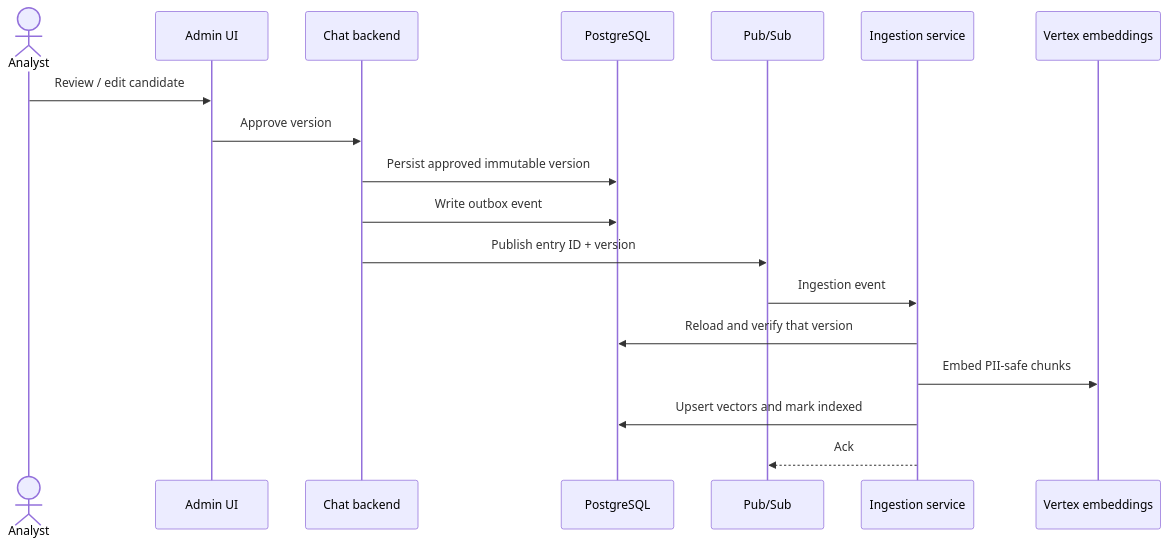
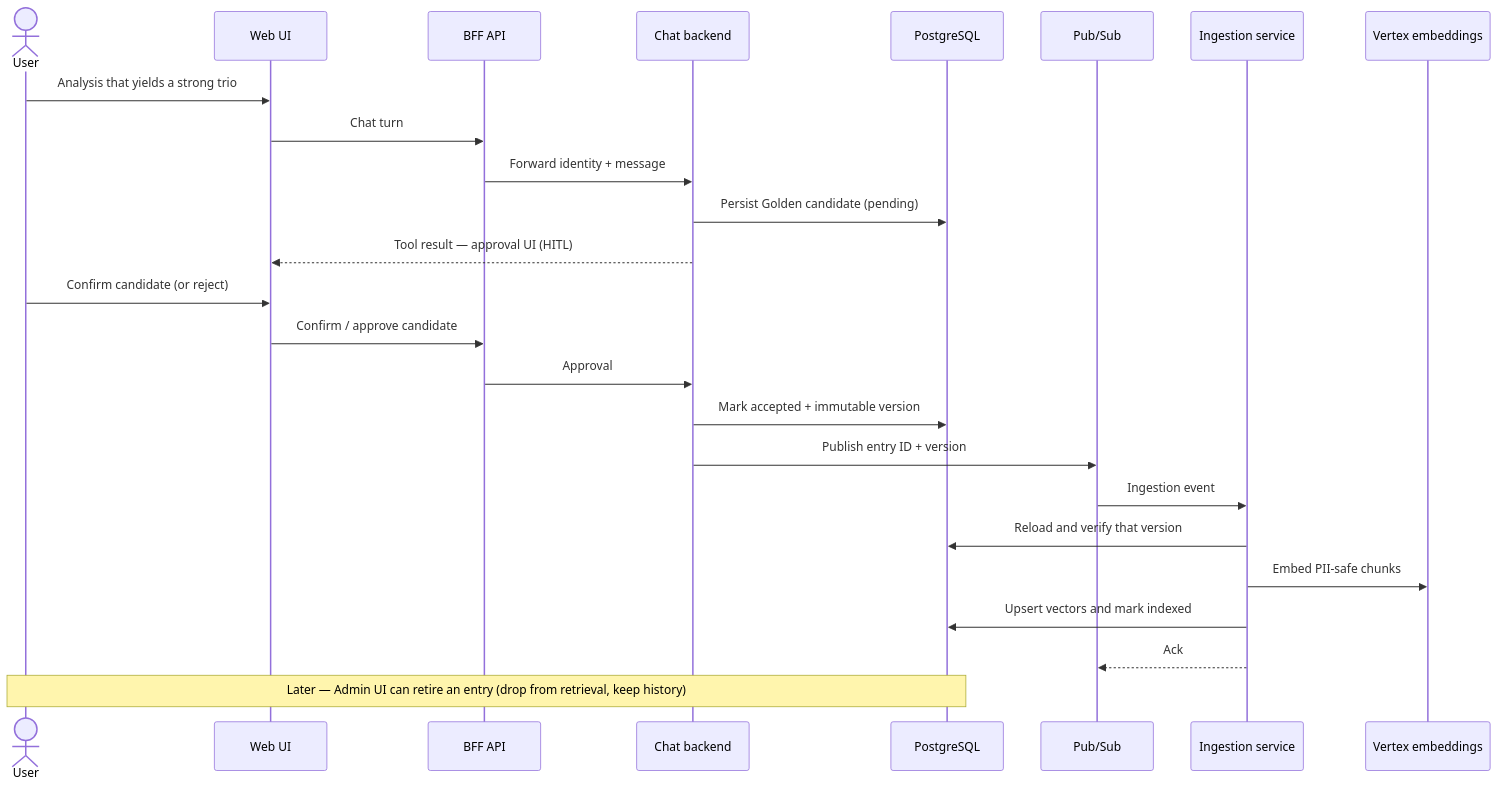
Before and after one commit to PiotrJachowicz/opsfleet-assessment: the third of 4 diagrams in docs/HLD.md, drawn with Mermaid. The commit also changed other lines of this file, not shown here.

First line of the commit message:
docs: align HLD diagrams and resolve open design choices

````diff
--- a/docs/HLD.md
+++ b/docs/HLD.md
@@ -117,21 +117,29 @@
 ```mermaid
 sequenceDiagram
-    actor Analyst
-    participant Admin as Admin UI
-    participant API as Chat backend
+    actor User
+    participant UI as Web UI
+    participant BFF as BFF API
+    participant Chat as Chat backend
     participant PG as PostgreSQL
     participant Bus as Pub/Sub
     participant Ingest as Ingestion service
     participant Emb as Vertex embeddings
 
-    Analyst->>Admin: Review / edit candidate
-    Admin->>API: Approve version
-    API->>PG: Persist approved immutable version
-    API->>PG: Write outbox event
-    API->>Bus: Publish entry ID + version
+    User->>UI: Analysis that yields a strong trio
+    UI->>BFF: Chat turn
+    BFF->>Chat: Forward identity + message
+    Chat->>PG: Persist Golden candidate (pending)
+    Chat-->>UI: Tool result — approval UI (HITL)
+    User->>UI: Confirm candidate (or reject)
+    UI->>BFF: Confirm / approve candidate
+    BFF->>Chat: Approval
+    Chat->>PG: Mark accepted + immutable version
+    Chat->>Bus: Publish entry ID + version
     Bus->>Ingest: Ingestion event
     Ingest->>PG: Reload and verify that version
     Ingest->>Emb: Embed PII-safe chunks
     Ingest->>PG: Upsert vectors and mark indexed
     Ingest-->>Bus: Ack
+
+    Note over User,PG: Later — Admin UI can retire an entry (drop from retrieval, keep history)
 ```
````
